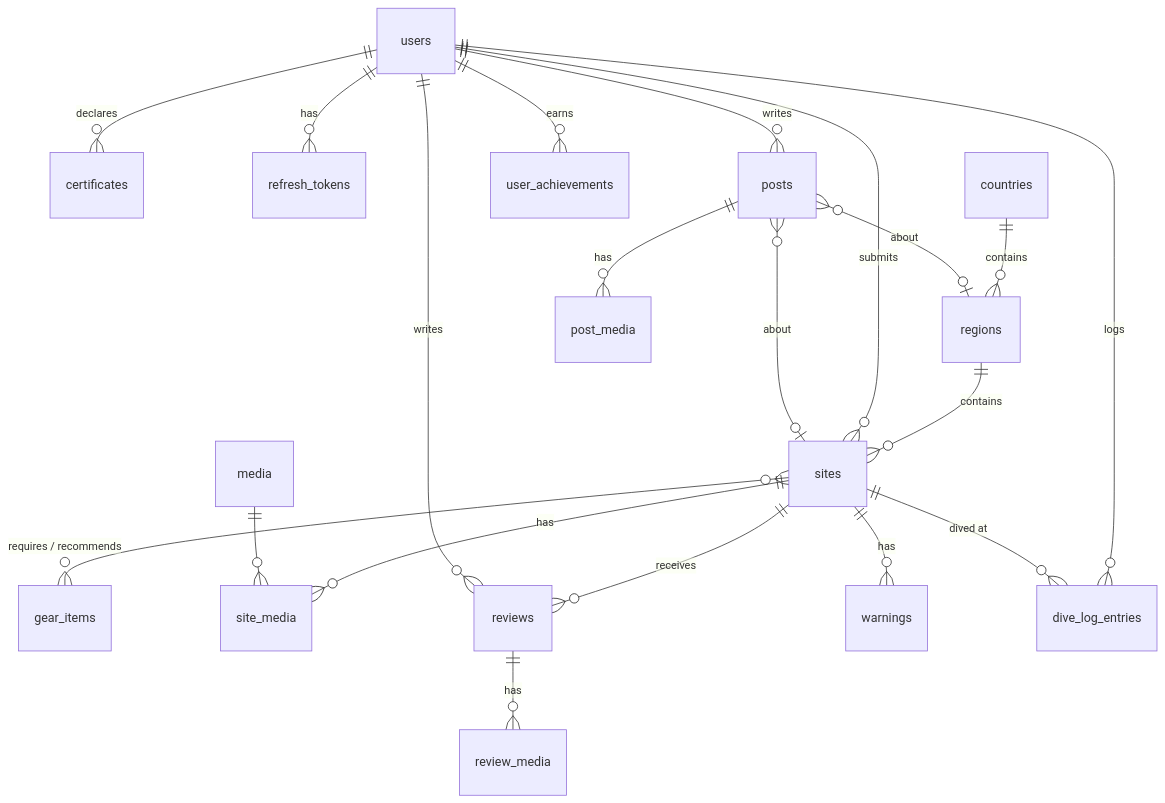
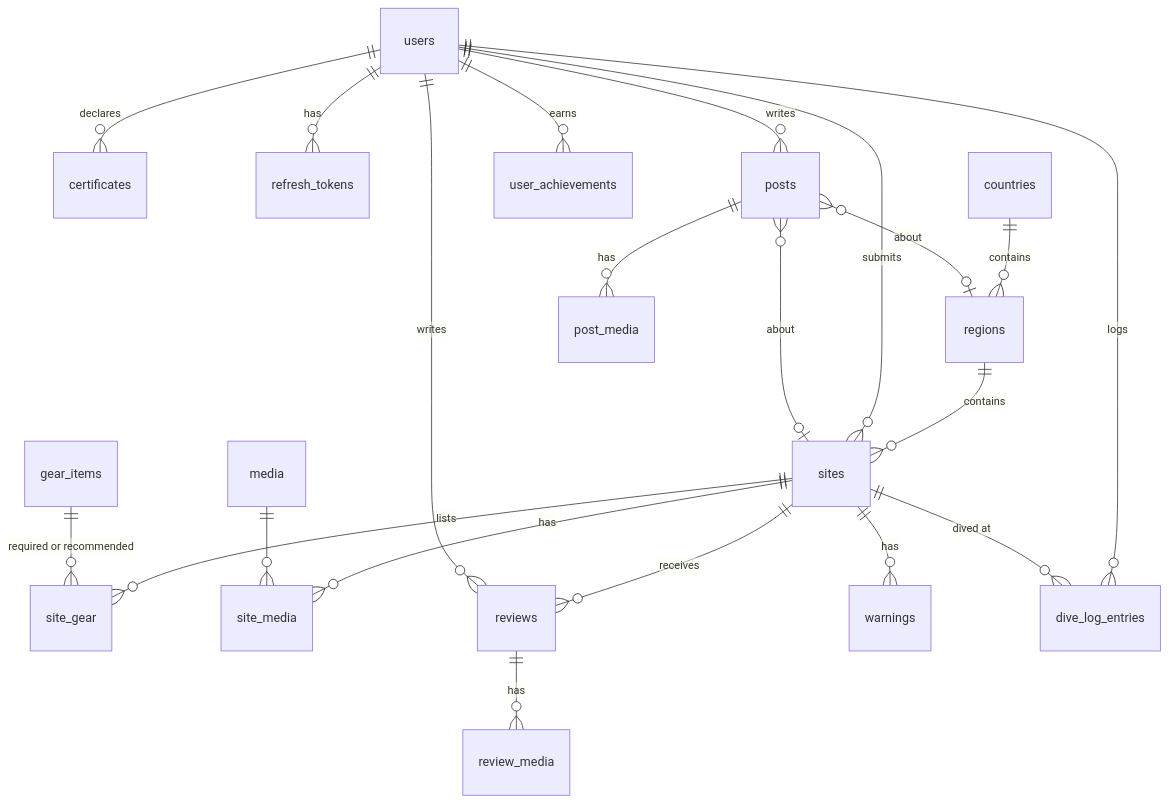
The second of 2 diagrams in docs/ARCHITECTURE.md (otipz19/naukma-divenet), drawn with Mermaid before and after one commit. The commit also changed other lines of this file and 64 other files, not shown here.

````diff
--- a/docs/ARCHITECTURE.md
+++ b/docs/ARCHITECTURE.md
@@ -126,22 +128,23 @@
 ```mermaid
 erDiagram
   users ||--o{ certificates : declares
   users ||--o{ refresh_tokens : has
   countries ||--o{ regions : contains
   regions ||--o{ sites : contains
+  sites ||--o{ site_gear : lists
+  gear_items ||--o{ site_gear : "required or recommended"
   users ||--o{ sites : submits
-  sites }o--o{ gear_items : "requires / recommends"
   sites ||--o{ site_media : has
   sites ||--o{ reviews : receives
   users ||--o{ reviews : writes
   reviews ||--o{ review_media : has
   sites ||--o{ warnings : has
   users ||--o{ dive_log_entries : logs
   sites ||--o{ dive_log_entries : "dived at"
   users ||--o{ user_achievements : earns
   users ||--o{ posts : writes
   posts }o--o| sites : "about"
   posts }o--o| regions : "about"
   posts ||--o{ post_media : has
   media ||--o{ site_media : ""
 ```
````
